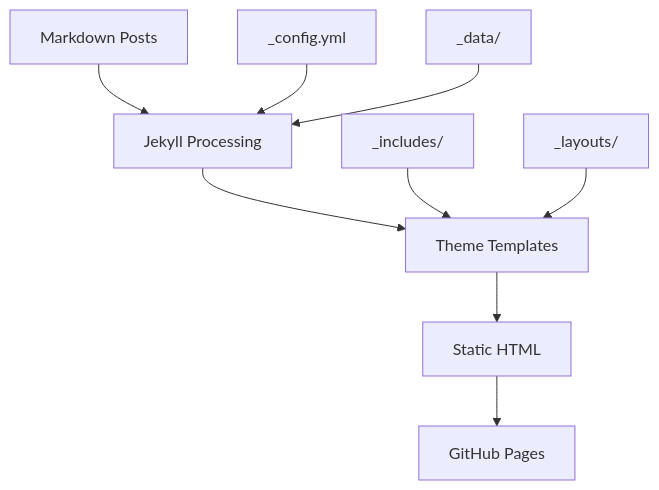
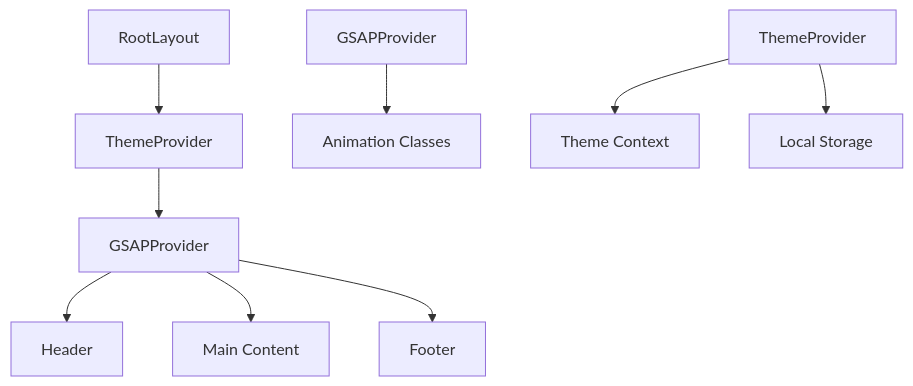
The first of 2 diagrams in memory-bank/systemPatterns.md (yapetrichka/blog), drawn with Mermaid before and after one commit. The commit also changed other lines of this file and 165 other files, not shown here.

````diff
--- a/memory-bank/systemPatterns.md
+++ b/memory-bank/systemPatterns.md
@@ -49,12 +65,12 @@
 ```mermaid
 graph TD
-    A[Markdown Posts] --> B[Jekyll Processing]
-    B --> C[Theme Templates]
-    C --> D[Static HTML]
-    D --> E[GitHub Pages]
+    A[RootLayout] --> B[ThemeProvider]
+    B --> C[GSAPProvider]
+    C --> D[Header]
+    C --> E[Main Content]
+    C --> F[Footer]
     
-    F[_config.yml] --> B
-    G[_data/] --> B
-    H[_includes/] --> C
-    I[_layouts/] --> C
+    G[GSAPProvider] --> H[Animation Classes]
+    I[ThemeProvider] --> J[Theme Context]
+    I --> K[Local Storage]
 ```
````
